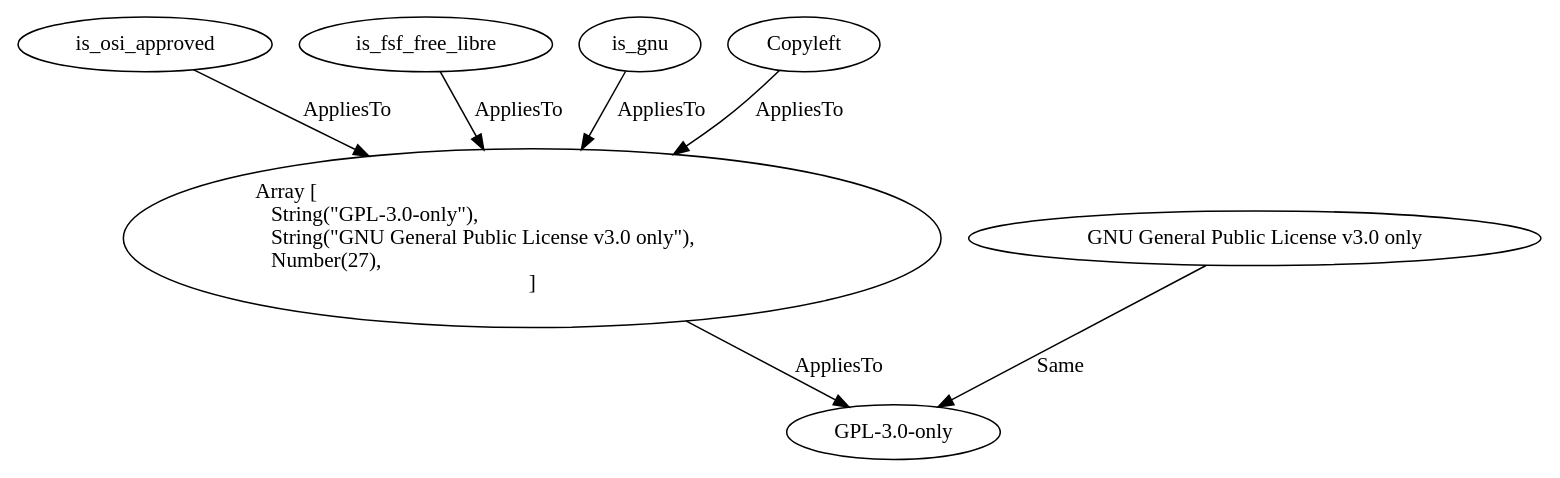
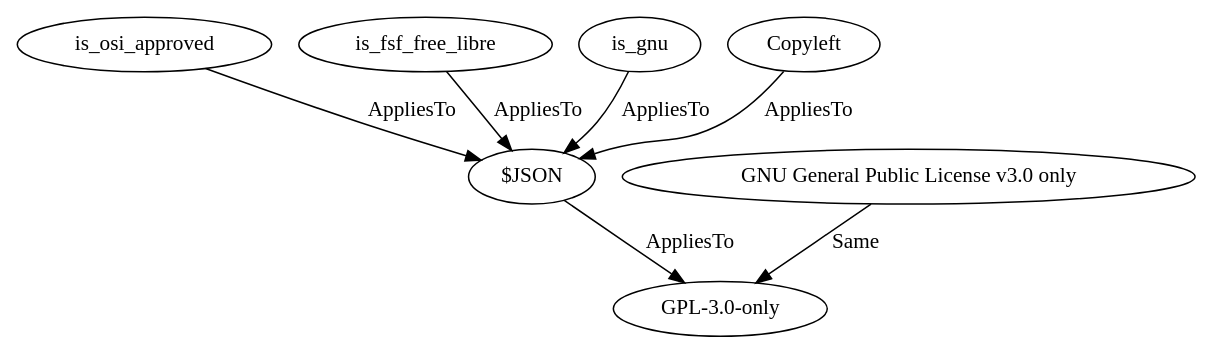
The diagram in test_output/source_spdx/GPL-3.0-only.dot (maxhbr/LDBcollector), drawn with Graphviz before and after one commit. The commit also changed 39 other files, not shown here.

```diff
--- a/test_output/source_spdx/GPL-3.0-only.dot
+++ b/test_output/source_spdx/GPL-3.0-only.dot
@@ -1,15 +1,15 @@
 digraph {
     3 [ label = "is_osi_approved" ]
     13 [ label = "is_fsf_free_libre" ]
     30 [ label = "is_gnu" ]
     31 [ label = "Copyleft" ]
     689 [ label = "GNU General Public License v3.0 only" ]
     694 [ label = "GPL-3.0-only" ]
-    695 [ label = "Array [\l    String(\"GPL-3.0-only\"),\l    String(\"GNU General Public License v3.0 only\"),\l    Number(27),\l]" ]
+    695 [ label = "$JSON" ]
     689 -> 694 [ label = "Same" ]
     695 -> 694 [ label = "AppliesTo" ]
     13 -> 695 [ label = "AppliesTo" ]
     30 -> 695 [ label = "AppliesTo" ]
     3 -> 695 [ label = "AppliesTo" ]
     31 -> 695 [ label = "AppliesTo" ]
 }
```
